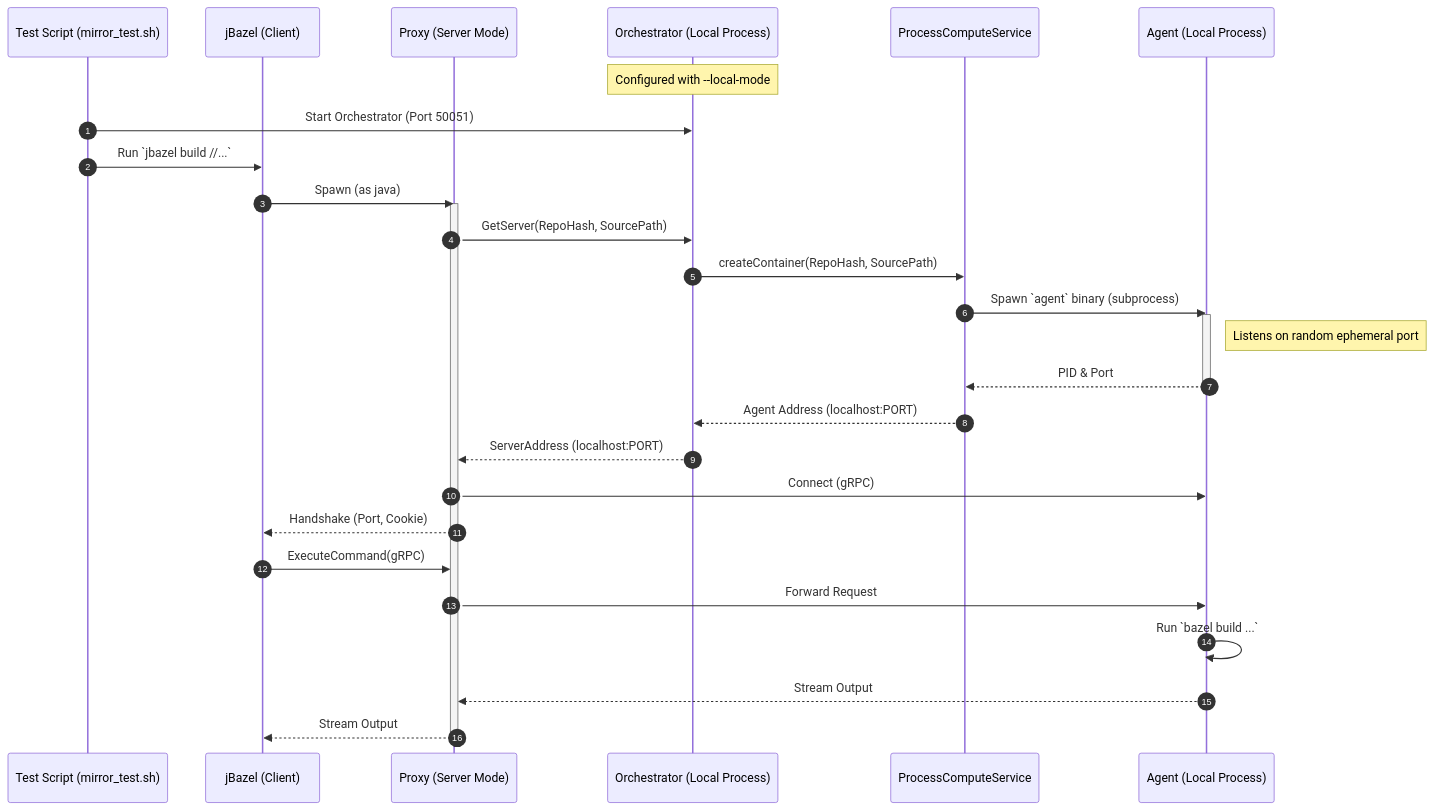
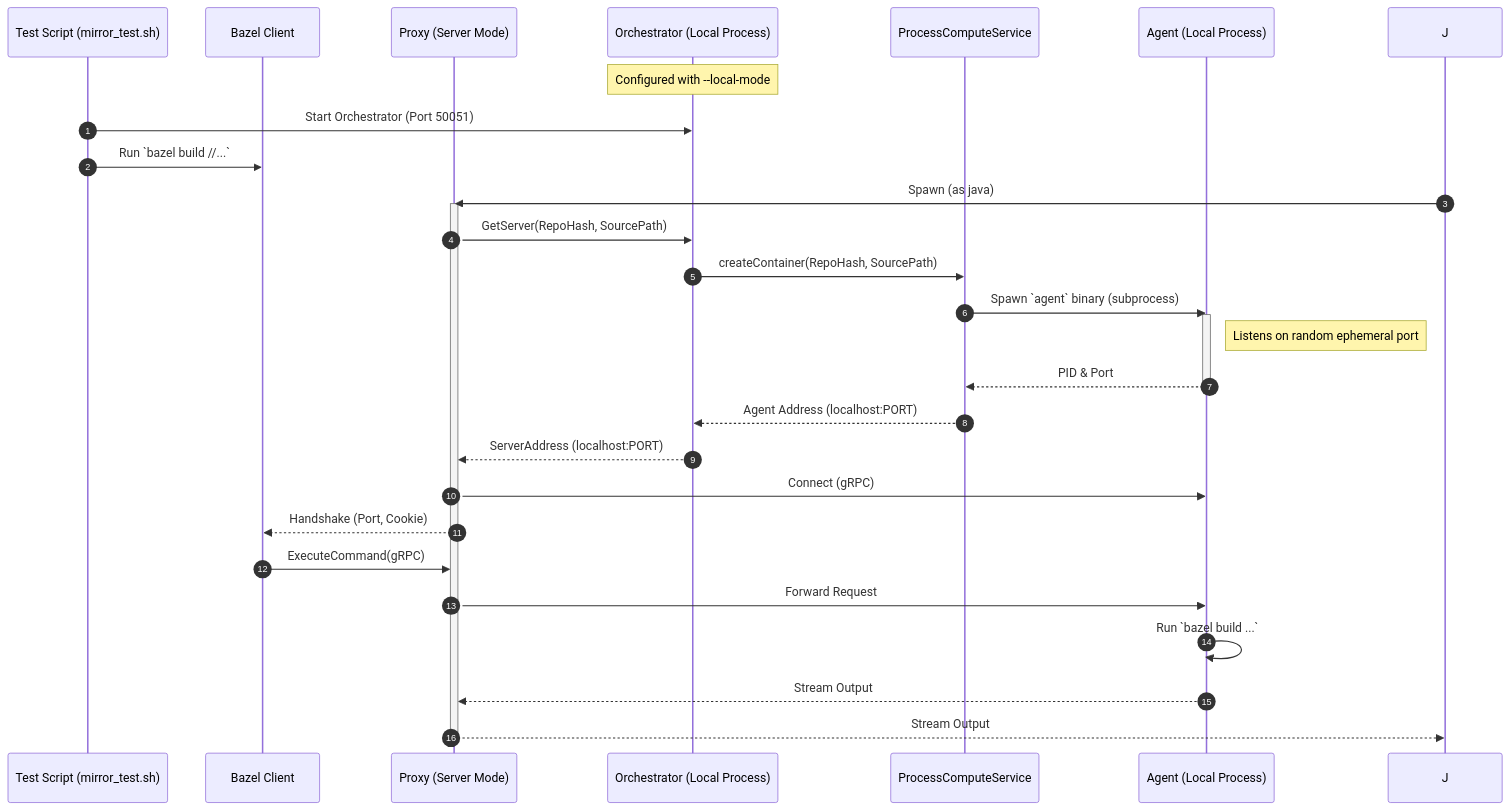
Before and after one commit to JonathanPerry651/remote-build-server: the first of 2 diagrams in docs/test_architecture.md, drawn with Mermaid. The commit also changed other lines of this file and 18 other files, not shown here.

````diff
--- a/docs/test_architecture.md
+++ b/docs/test_architecture.md
@@ -9,37 +9,37 @@
 ```mermaid
 sequenceDiagram
     autonumber
     participant T as Test Script (mirror_test.sh)
-    participant J as jBazel (Client)
+    participant C as Bazel Client
     participant Pr as Proxy (Server Mode)
     participant O as Orchestrator (Local Process)
     participant P as ProcessComputeService
     participant A as Agent (Local Process)
 
     Note over O: Configured with --local-mode
     
     T->>O: Start Orchestrator (Port 50051)
     
-    T->>J: Run `jbazel build //...`
+    T->>C: Run `bazel build //...`
     J->>Pr: Spawn (as java)
     activate Pr
     Pr->>O: GetServer(RepoHash, SourcePath)
     O->>P: createContainer(RepoHash, SourcePath)
     P->>A: Spawn `agent` binary (subprocess)
     activate A
     Note right of A: Listens on random ephemeral port
     A-->>P: PID & Port
     deactivate A
     P-->>O: Agent Address (localhost:PORT)
     O-->>Pr: ServerAddress (localhost:PORT)
     
     Pr->>A: Connect (gRPC)
-    Pr-->>J: Handshake (Port, Cookie)
+    Pr-->>C: Handshake (Port, Cookie)
     
-    J->>Pr: ExecuteCommand(gRPC)
+    C->>Pr: ExecuteCommand(gRPC)
     Pr->>A: Forward Request
     A->>A: Run `bazel build ...`
     A-->>Pr: Stream Output
     Pr-->>J: Stream Output
     deactivate Pr
 ```
````
